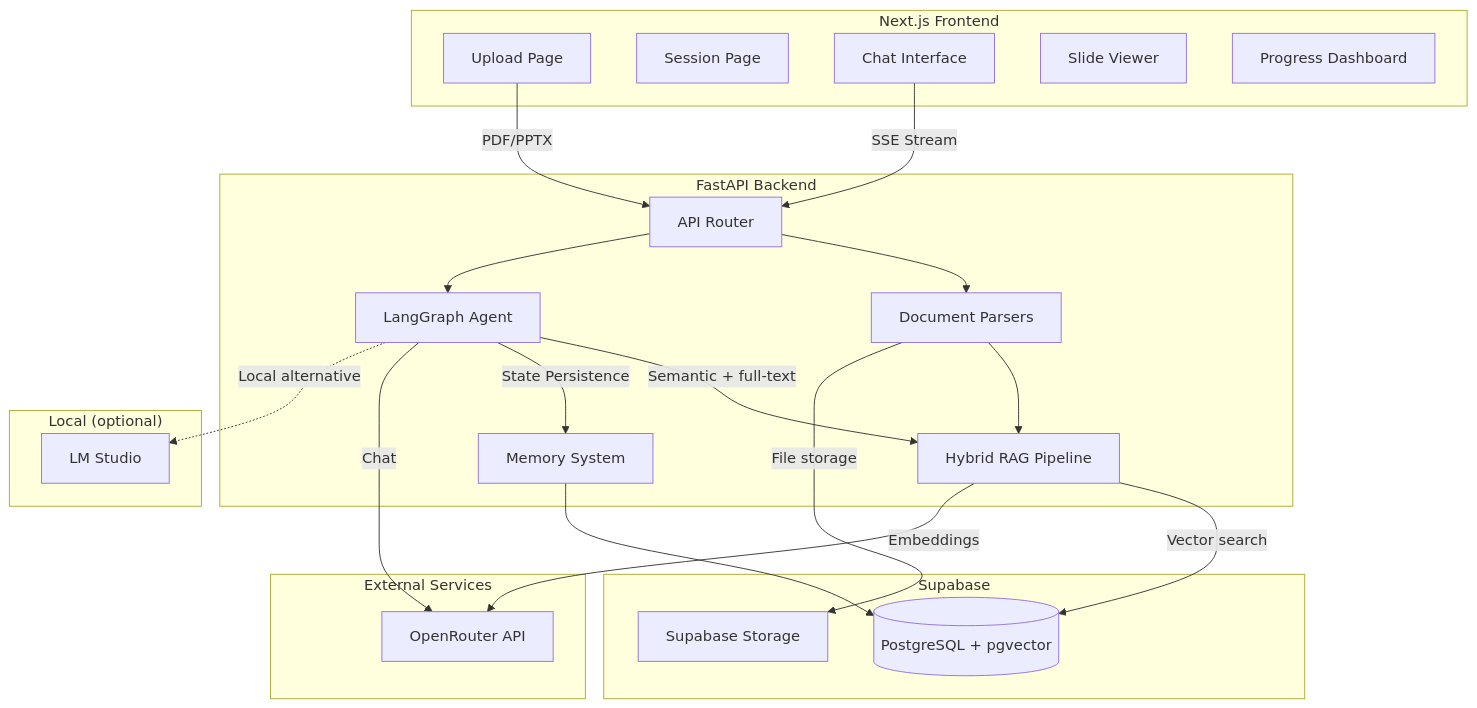
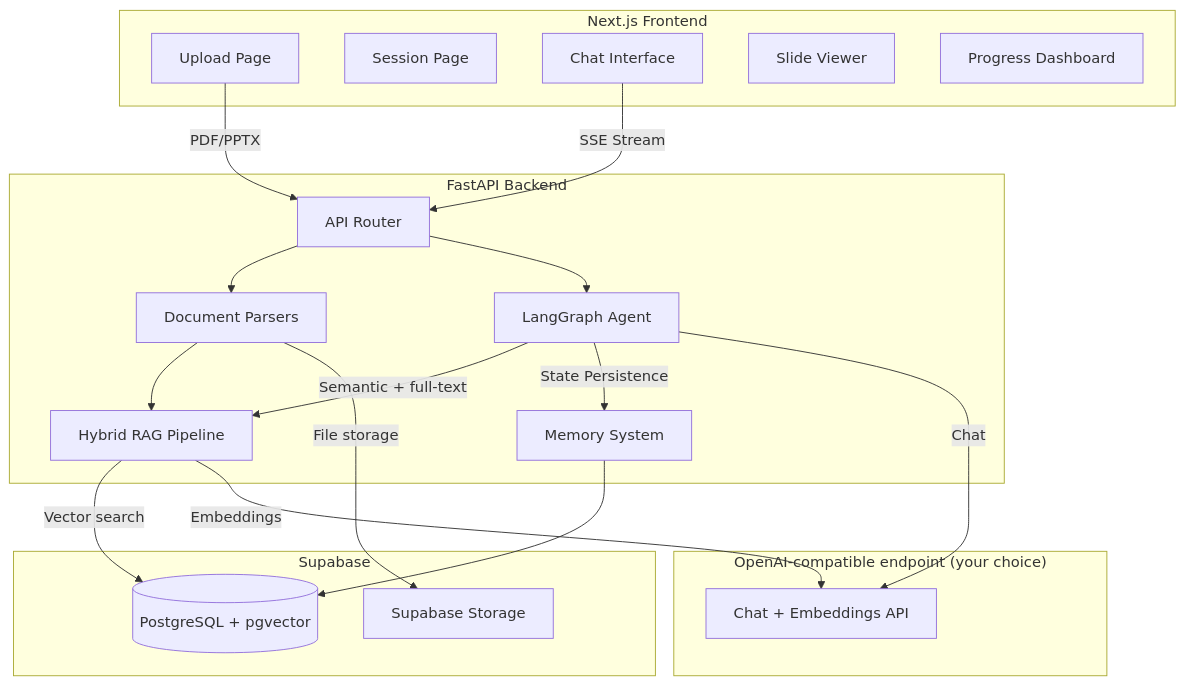
The diagram in README.md (SpectrumTantrum/Slideguide), drawn with Mermaid before and after one commit. The commit also changed other lines of this file and 27 other files, not shown here.

First line of the commit message:
Dev environment setup + single OpenAI-compatible LLM provider (#8)

````diff
--- a/README.md
+++ b/README.md
@@ -7,44 +7,39 @@
 ```mermaid
 graph TB
     subgraph Frontend["Next.js Frontend"]
         Upload[Upload Page]
         Session[Session Page]
         Chat[Chat Interface]
         Slides[Slide Viewer]
         Progress[Progress Dashboard]
     end
 
     subgraph API["FastAPI Backend"]
         Router[API Router]
         Parsers[Document Parsers]
         RAG[Hybrid RAG Pipeline]
         Agent[LangGraph Agent]
         Memory[Memory System]
     end
 
-    subgraph External["External Services"]
-        OpenRouter[OpenRouter API]
+    subgraph LLM["OpenAI-compatible endpoint (your choice)"]
+        Endpoint[Chat + Embeddings API]
     end
 
     subgraph Supabase["Supabase"]
         Postgres[(PostgreSQL + pgvector)]
         Storage[Supabase Storage]
-    end
-
-    subgraph Local["Local (optional)"]
-        LMStudio[LM Studio]
     end
 
     Upload -->|PDF/PPTX| Router
     Chat -->|SSE Stream| Router
     Router --> Parsers --> RAG
     Router --> Agent
     Agent -->|Semantic + full-text| RAG
     Agent -->|State Persistence| Memory
     RAG -->|Vector search| Postgres
-    RAG -->|Embeddings| OpenRouter
-    Agent -->|Chat| OpenRouter
-    Agent -.->|Local alternative| LMStudio
+    RAG -->|Embeddings| Endpoint
+    Agent -->|Chat| Endpoint
     Memory --> Postgres
     Parsers -->|File storage| Storage
 ```
````
